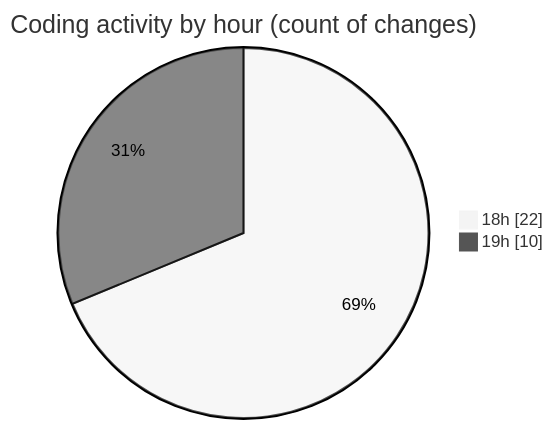
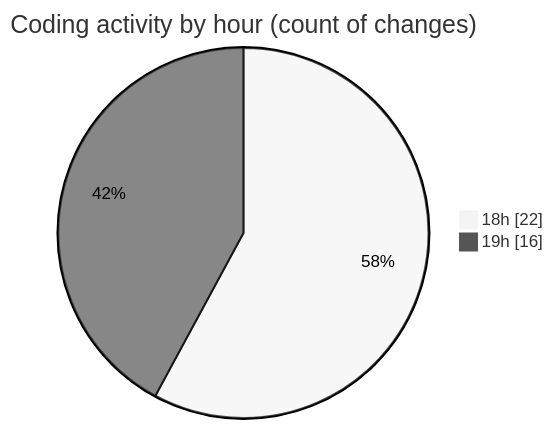
One commit to idhammustaqopulfikri/code-tracking changed the second of 2 diagrams in 2025-06-13/studio-backend/README.md. Above: the diagram before and after it, drawn with Mermaid (neutral theme). The commit also changed other lines of this file and 1 other file, not shown here.

````diff
--- a/2025-06-13/studio-backend/README.md
+++ b/2025-06-13/studio-backend/README.md
@@ -38,6 +38,6 @@
 ```mermaid
 pie showData
 title Coding activity by hour (count of changes)
 "18h" : 22
-"19h" : 10
+"19h" : 16
 ```
````
